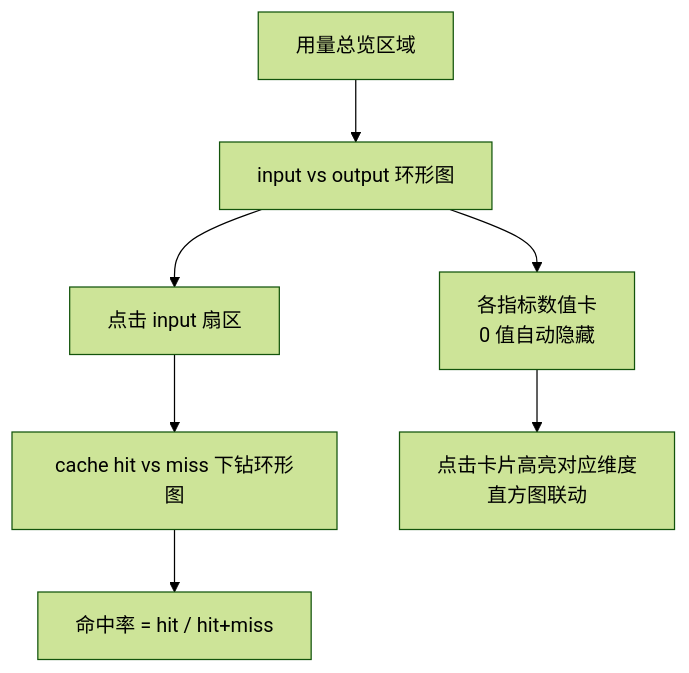
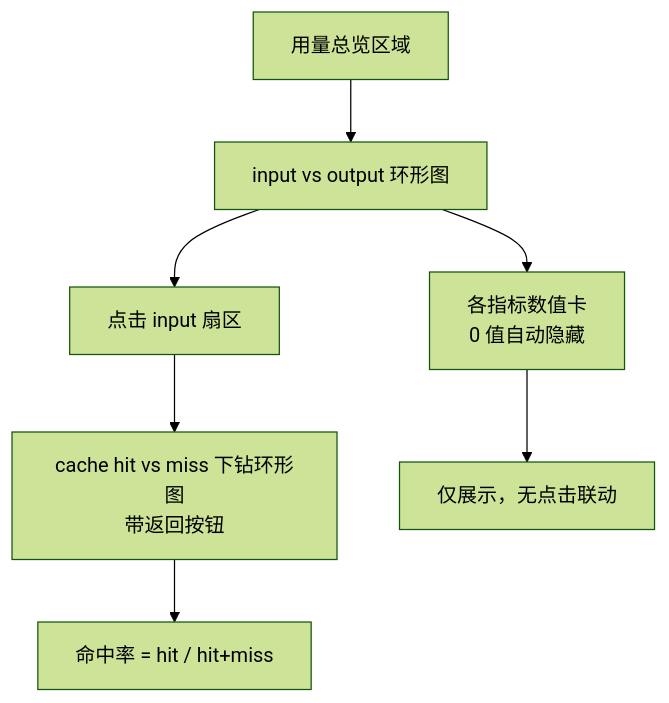
Before and after one commit to clawbench-dev/clawbench: the second of 2 diagrams in docs/spec/features/usage-stats.md, drawn with Mermaid (forest theme). The commit also changed other lines of this file and 9 other files, not shown here.

````diff
--- a/docs/spec/features/usage-stats.md
+++ b/docs/spec/features/usage-stats.md
@@ -31,9 +31,9 @@
 ```mermaid
 flowchart TD
     A[用量总览区域] --> B[input vs output 环形图]
     B --> C[点击 input 扇区]
-    C --> D[cache hit vs miss 下钻环形图]
+    C --> D[cache hit vs miss 下钻环形图<br/>带返回按钮]
     D --> E[命中率 = hit / hit+miss]
     B --> F[各指标数值卡<br/>0 值自动隐藏]
-    F --> G[点击卡片高亮对应维度<br/>直方图联动]
+    F --> G[仅展示，无点击联动]
 ```
````
